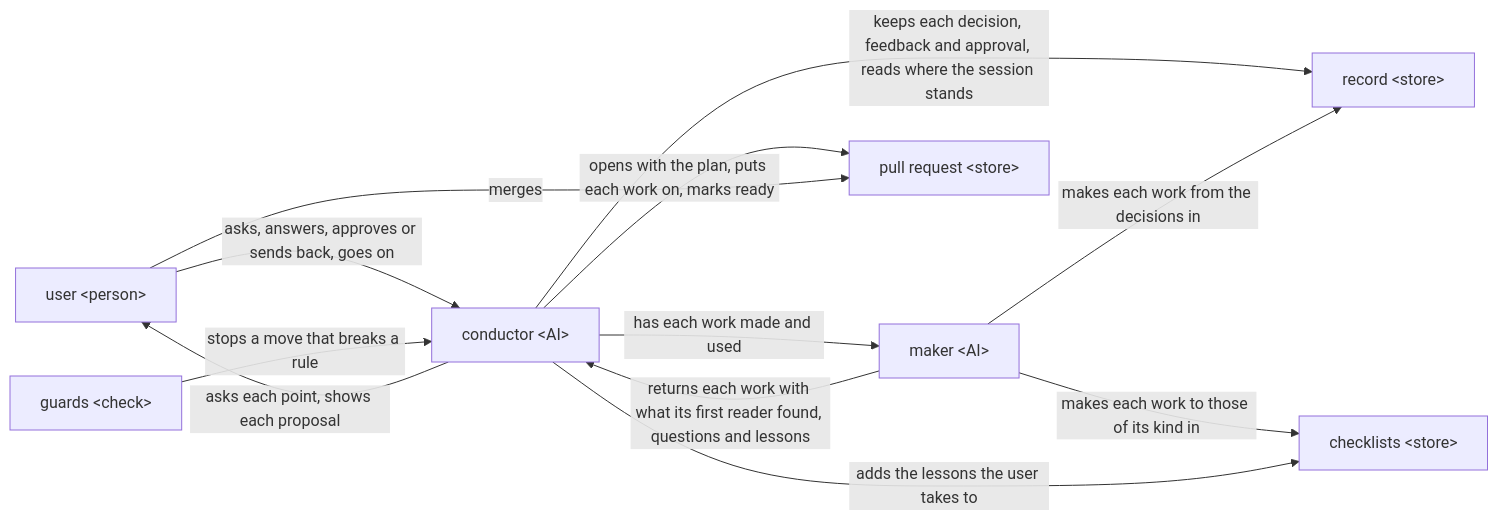
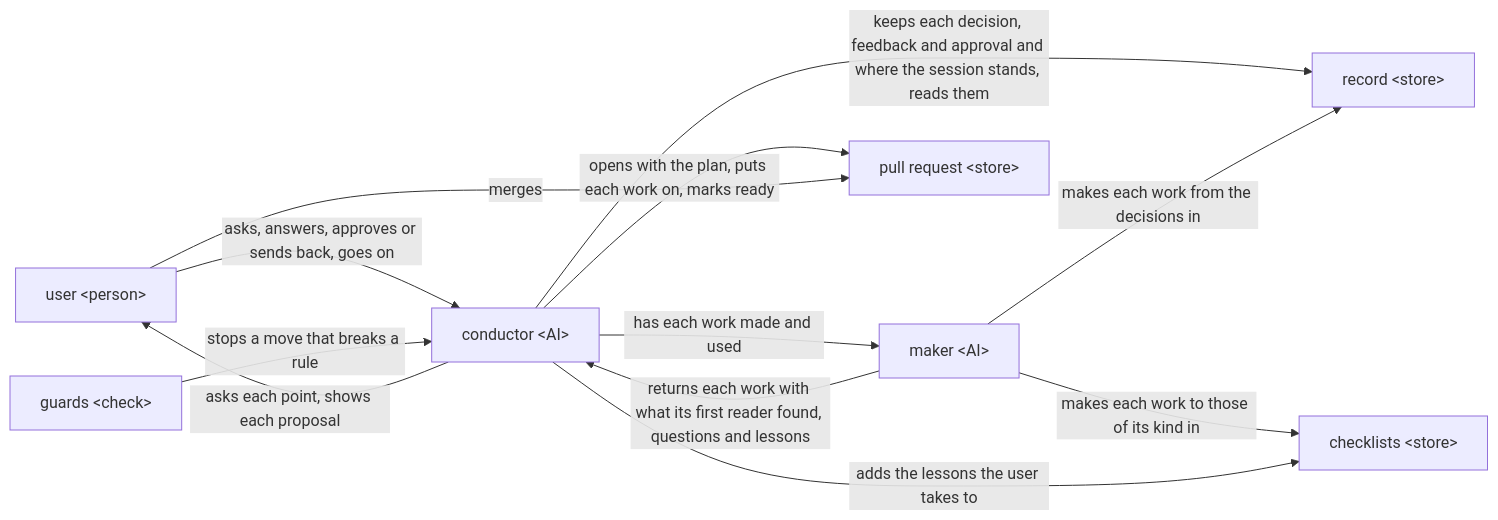
Before and after one commit to lovaizu/ccpm: the diagram in dev/rn/design.md, drawn with Mermaid. The commit also changed other lines of this file, not shown here.

First line of the commit message:
rn design: after each move the conductor replans from the facts it brought alone and replaces the state, and a checklist or an environment a task lacks becomes a task before the one that needs it (T7); a work's CCS holds all turn's call takes, as the user agreed

````diff
--- a/dev/rn/design.md
+++ b/dev/rn/design.md
@@ -46,21 +48,21 @@
 ```mermaid
 flowchart LR
   user["user &lt;person&gt;"]
   cond["conductor &lt;AI&gt;"]
   maker["maker &lt;AI&gt;"]
   rec["record &lt;store&gt;"]
   cl["checklists &lt;store&gt;"]
   guards["guards &lt;check&gt;"]
   pr["pull request &lt;store&gt;"]
   user -->|asks, answers, approves or sends back, goes on| cond
   cond -->|asks each point, shows each proposal| user
-  cond -->|keeps each decision, feedback and approval, reads where the session stands| rec
+  cond -->|keeps each decision, feedback and approval and where the session stands, reads them| rec
   cond -->|has each work made and used| maker
   maker -->|makes each work from the decisions in| rec
   maker -->|makes each work to those of its kind in| cl
   maker -->|returns each work with what its first reader found, questions and lessons| cond
   cond -->|adds the lessons the user takes to| cl
   cond -->|opens with the plan, puts each work on, marks ready| pr
   guards -->|stops a move that breaks a rule| cond
   user -->|merges| pr
 ```
````
